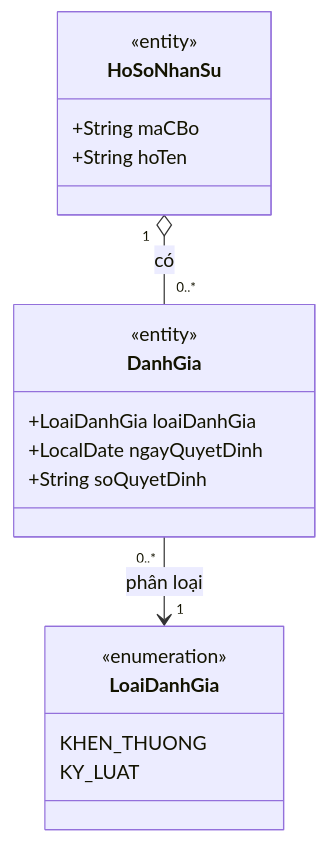
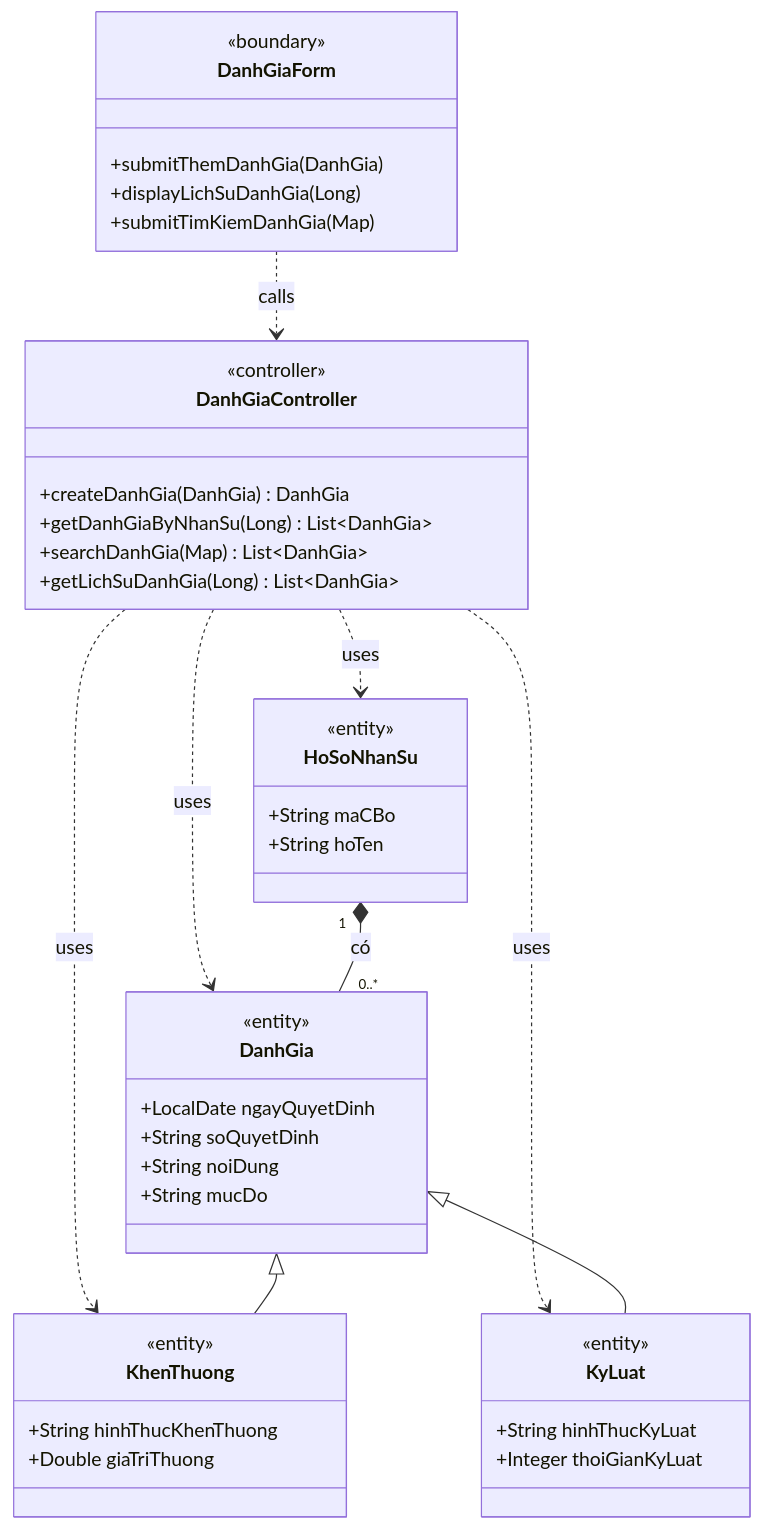
The sixth of 11 diagrams in system-spec/class-diagram.md (LoudlyDawn2108/ptycpm), drawn with Mermaid before and after one commit. The commit also changed other lines of this file and 6 other files, not shown here.

````diff
--- a/system-spec/class-diagram.md
+++ b/system-spec/class-diagram.md
@@ -1447,24 +2249,53 @@
 ```mermaid
 classDiagram
+    class DanhGiaForm {
+        <<boundary>>
+        +submitThemDanhGia(DanhGia)
+        +displayLichSuDanhGia(Long)
+        +submitTimKiemDanhGia(Map)
+    }
+
+    class DanhGiaController {
+        <<controller>>
+        +createDanhGia(DanhGia) DanhGia
+        +getDanhGiaByNhanSu(Long) List~DanhGia~
+        +searchDanhGia(Map) List~DanhGia~
+        +getLichSuDanhGia(Long) List~DanhGia~
+    }
+
     class HoSoNhanSu {
         <<entity>>
         +String maCBo
         +String hoTen
     }
 
     class DanhGia {
         <<entity>>
-        +LoaiDanhGia loaiDanhGia
         +LocalDate ngayQuyetDinh
         +String soQuyetDinh
+        +String noiDung
+        +String mucDo
     }
 
-    class LoaiDanhGia {
-        <<enumeration>>
-        KHEN_THUONG
-        KY_LUAT
+    class KhenThuong {
+        <<entity>>
+        +String hinhThucKhenThuong
+        +Double giaTriThuong
     }
 
-    HoSoNhanSu "1" o-- "0..*" DanhGia : có
-    DanhGia "0..*" --> "1" LoaiDanhGia : phân loại
+    class KyLuat {
+        <<entity>>
+        +String hinhThucKyLuat
+        +Integer thoiGianKyLuat
+    }
+
+    DanhGiaForm ..> DanhGiaController : calls
+    DanhGiaController ..> DanhGia : uses
+    DanhGiaController ..> KhenThuong : uses
+    DanhGiaController ..> KyLuat : uses
+    DanhGiaController ..> HoSoNhanSu : uses
+
+    HoSoNhanSu "1" *-- "0..*" DanhGia : có
+    DanhGia <|-- KhenThuong
+    DanhGia <|-- KyLuat
 ```
````
